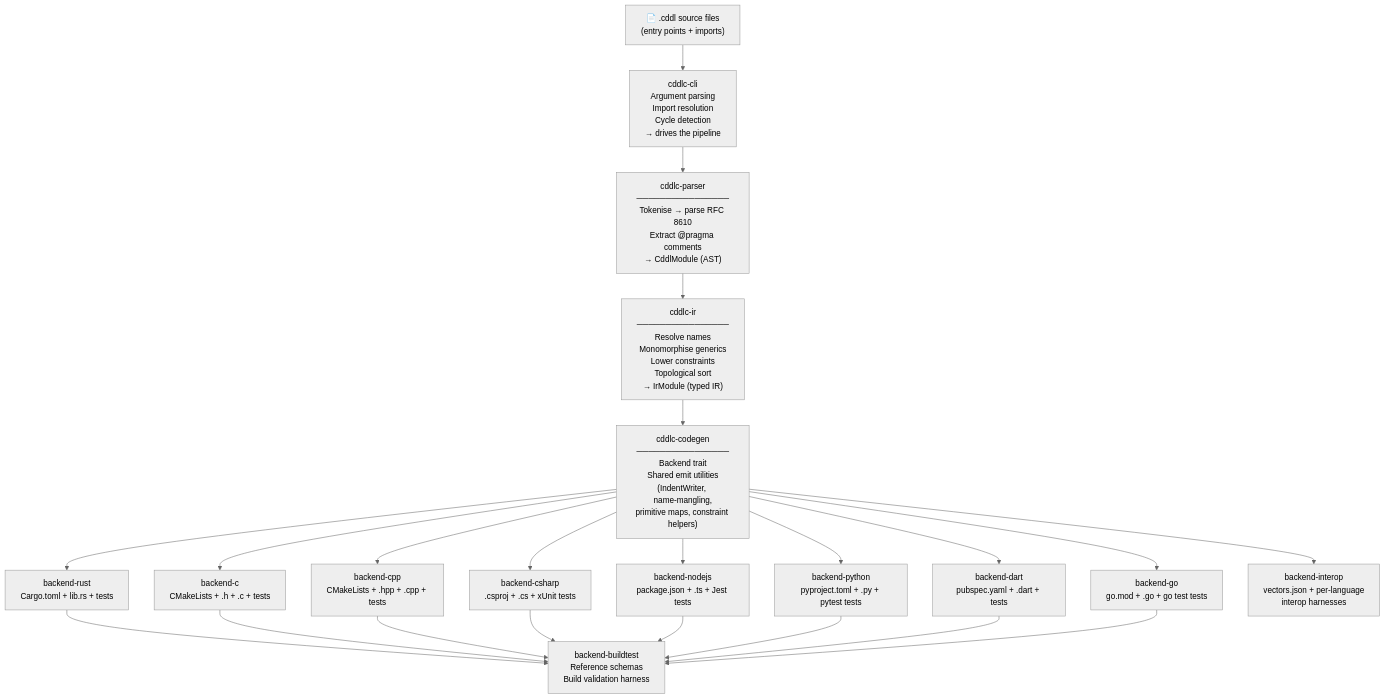
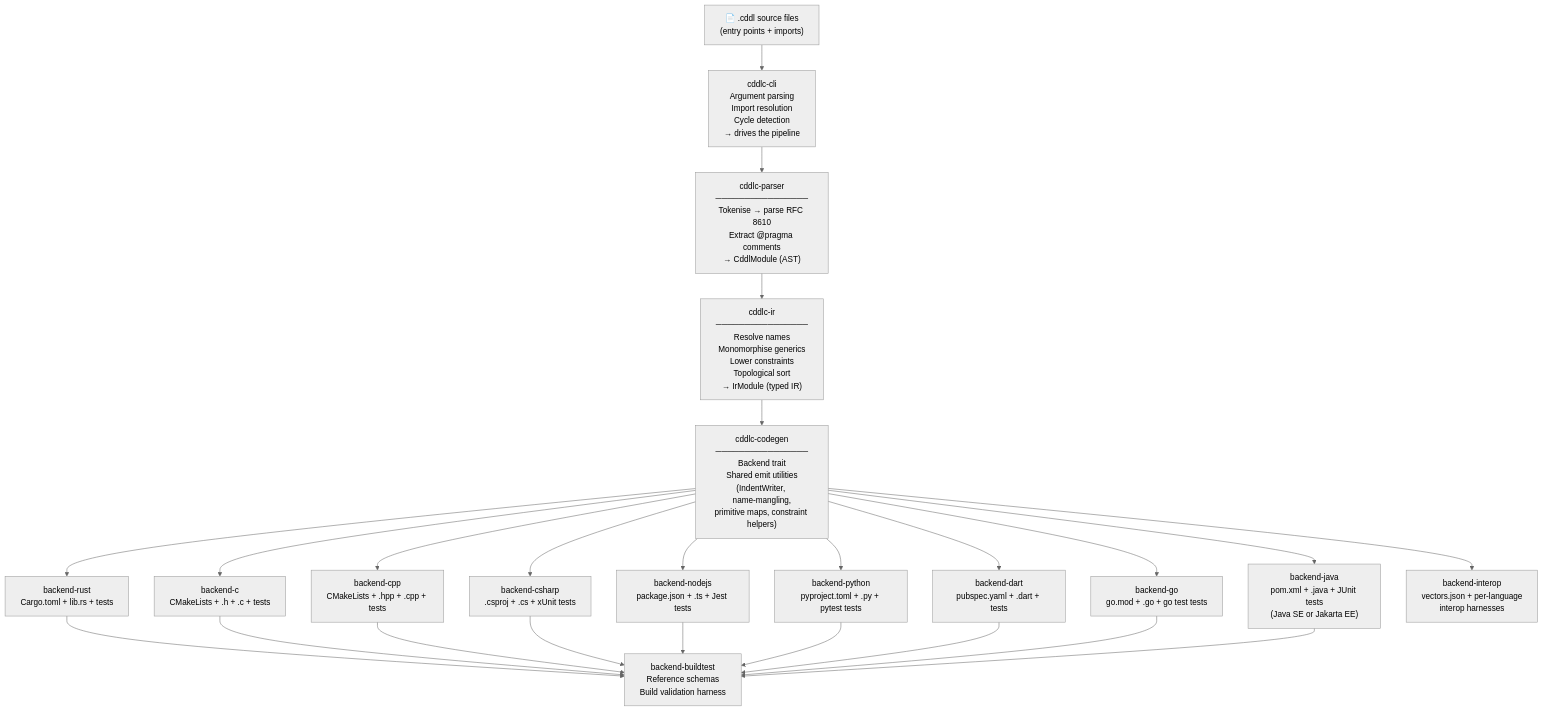
Before and after one commit to dgtlrift/cddlc: the diagram in README.md, drawn with Mermaid (neutral theme). The commit also changed other lines of this file and 21 other files, not shown here.

First line of the commit message:
feat(java): add a Java backend, for Java SE or Jakarta EE

````diff
--- a/README.md
+++ b/README.md
@@ -21,25 +21,26 @@
 ```mermaid
 flowchart TD
     A["📄 .cddl source files\n(entry points + imports)"]
     B["cddlc-parser\n────────────────\nTokenise → parse RFC 8610\nExtract @pragma comments\n→ CddlModule (AST)"]
     C["cddlc-ir\n────────────────\nResolve names\nMonomorphise generics\nLower constraints\nTopological sort\n→ IrModule (typed IR)"]
     D["cddlc-codegen\n────────────────\nBackend trait\nShared emit utilities\n(IndentWriter, name‑mangling,\nprimitive maps, constraint helpers)"]
     E1["backend-rust\nCargo.toml + lib.rs + tests"]
     E2["backend-c\nCMakeLists + .h + .c + tests"]
     E3["backend-cpp\nCMakeLists + .hpp + .cpp + tests"]
     E4["backend-csharp\n.csproj + .cs + xUnit tests"]
     E5["backend-nodejs\npackage.json + .ts + Jest tests"]
     E6["backend-python\npyproject.toml + .py + pytest tests"]
     E7["backend-dart\npubspec.yaml + .dart + tests"]
     E9["backend-go\ngo.mod + .go + go test tests"]
+    E10["backend-java\npom.xml + .java + JUnit tests\n(Java SE or Jakarta EE)"]
     E8["backend-interop\nvectors.json + per-language\ninterop harnesses"]
     F["cddlc-cli\nArgument parsing\nImport resolution\nCycle detection\n→ drives the pipeline"]
     G["backend-buildtest\nReference schemas\nBuild validation harness"]
 
     A --> F
     F --> B
     B --> C
     C --> D
-    D --> E1 & E2 & E3 & E4 & E5 & E6 & E7 & E9 & E8
-    E1 & E2 & E3 & E4 & E5 & E6 & E7 & E9 --> G
+    D --> E1 & E2 & E3 & E4 & E5 & E6 & E7 & E9 & E10 & E8
+    E1 & E2 & E3 & E4 & E5 & E6 & E7 & E9 & E10 --> G
 ```
````
